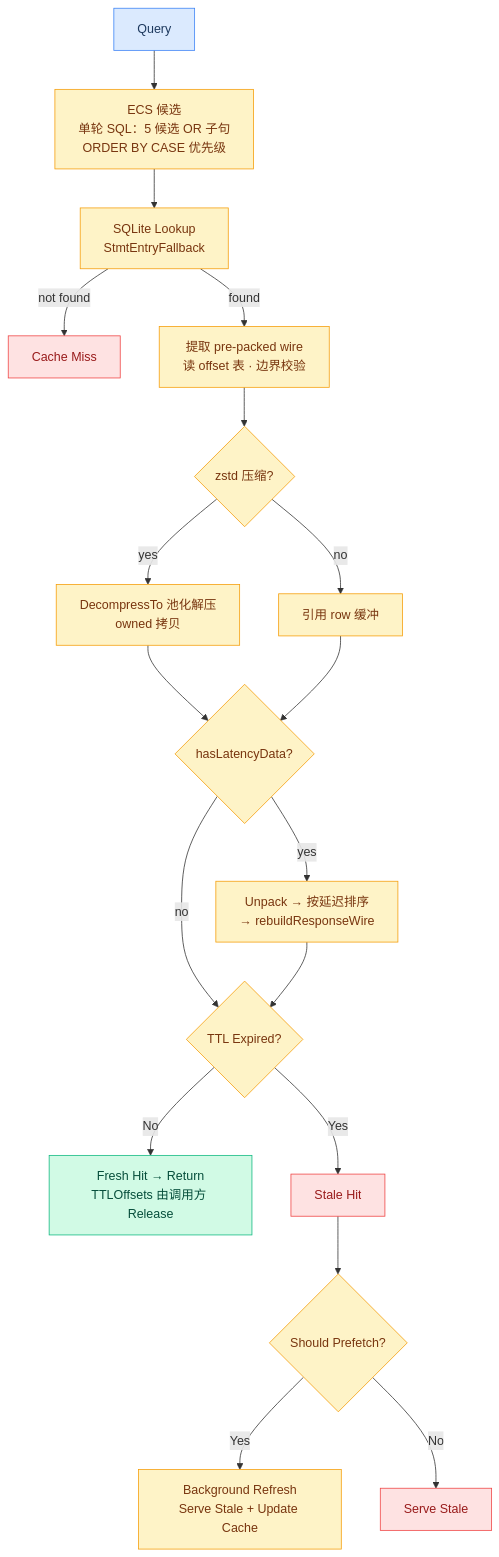
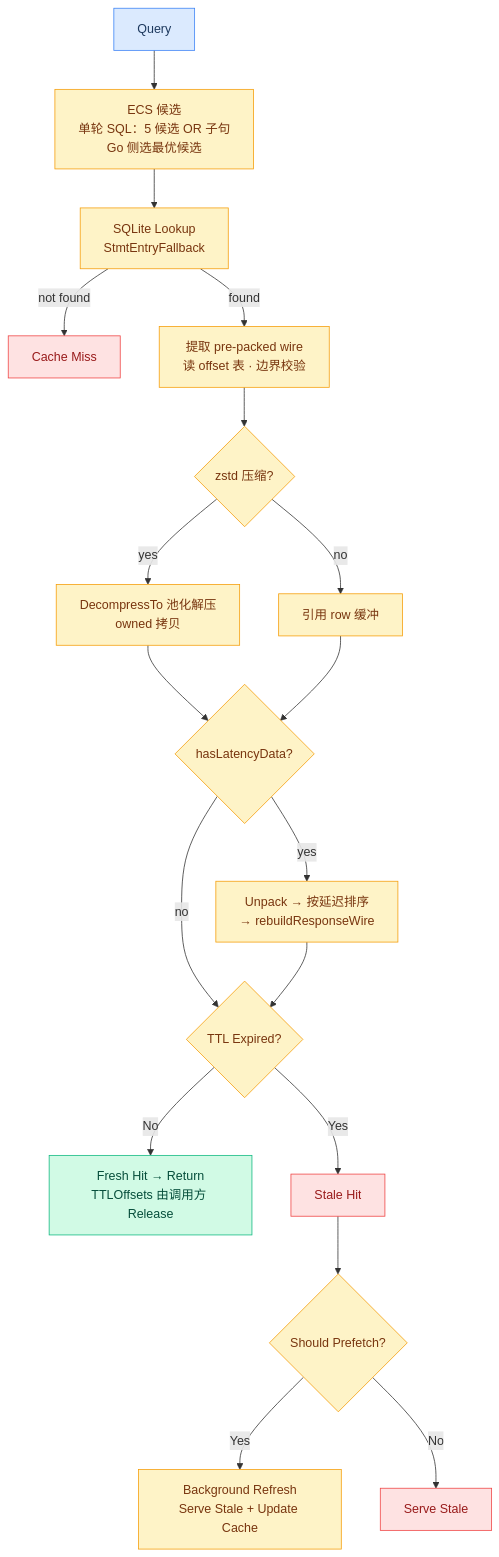
The seventh of 29 diagrams in docs/FLOWCHARTS.md (hezhijie0327/ZJDNS), drawn with Mermaid before and after one commit. The commit also changed other lines of this file and 13 other files, not shown here.

````diff
--- a/docs/FLOWCHARTS.md
+++ b/docs/FLOWCHARTS.md
@@ -115,28 +115,28 @@
 ```mermaid
 graph TD
-    Q[Query] --> ECS[ECS 候选<br/>单轮 SQL：5 候选 OR 子句<br/>ORDER BY CASE 优先级]
+    Q[Query] --> ECS[ECS 候选<br/>单轮 SQL：5 候选 OR 子句<br/>Go 侧选最优候选]
     ECS --> SQL[SQLite Lookup<br/>StmtEntryFallback]
     SQL -->|not found| MISS[Cache Miss]
     SQL -->|found| WIRE[提取 pre-packed wire<br/>读 offset 表 · 边界校验]
     WIRE --> ZSTD{zstd 压缩?}
     ZSTD -->|yes| DECOMP[DecompressTo 池化解压<br/>owned 拷贝]
     ZSTD -->|no| REF[引用 row 缓冲]
     DECOMP --> LAT{hasLatencyData?}
     REF --> LAT
     LAT -->|yes| UNPACK[Unpack → 按延迟排序<br/>→ rebuildResponseWire]
     LAT -->|no| EXPIRED{TTL Expired?}
     UNPACK --> EXPIRED
     EXPIRED -->|No| HIT[Fresh Hit → Return<br/>TTLOffsets 由调用方 Release]
     EXPIRED -->|Yes| STALE[Stale Hit]
     STALE --> PREFETCH{Should Prefetch?}
     PREFETCH -->|Yes| BG[Background Refresh<br/>Serve Stale + Update Cache]
     PREFETCH -->|No| RETURN[Serve Stale]
     classDef start fill:#dbeafe,stroke:#3b82f6,color:#1e3a5f
     classDef proc fill:#fef3c7,stroke:#f59e0b,color:#78350f
     classDef hit fill:#d1fae5,stroke:#10b981,color:#064e3b
     classDef miss fill:#fee2e2,stroke:#ef4444,color:#991b1b
     class Q start
     class ECS,SQL,WIRE,ZSTD,DECOMP,REF,LAT,UNPACK,EXPIRED,PREFETCH,BG proc
     class HIT hit
     class MISS,RETURN,STALE miss
 ```
````
